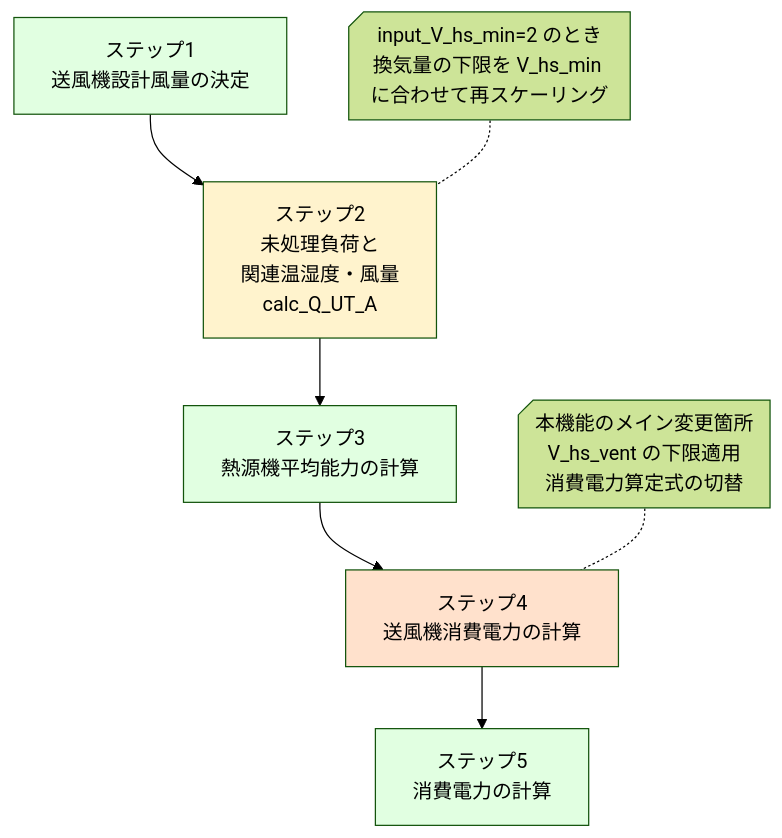
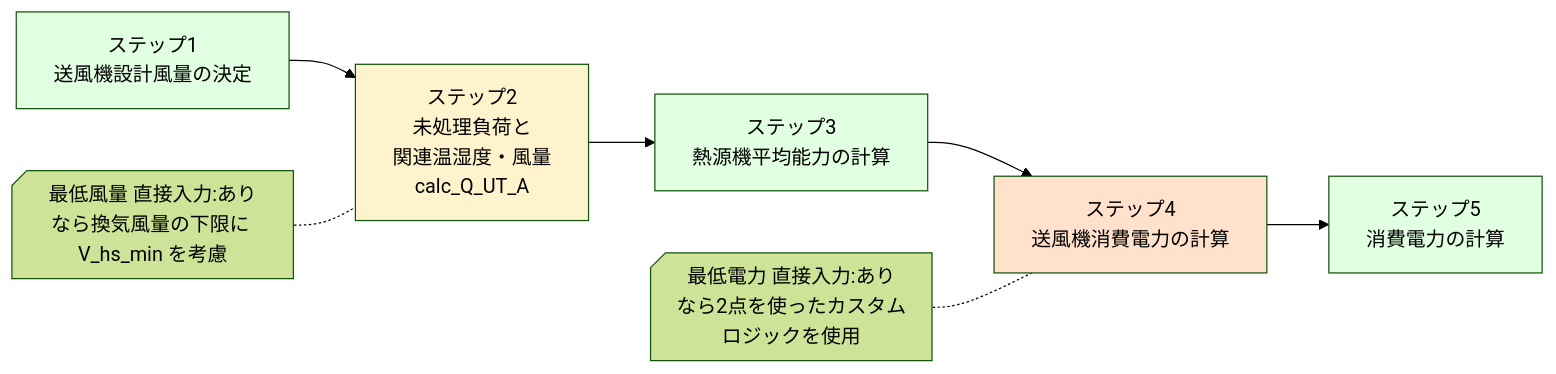
Before and after one commit to iguchi-lab/Verification-Platform-Next: the first of 4 diagrams in docs/最低風量_最低電力_直接入力.md, drawn with Mermaid (forest theme). The commit also changed other lines of this file, not shown here.

First line of the commit message:
docs: 最低風量・最低電力の変更条件を明確化

````diff
--- a/docs/最低風量_最低電力_直接入力.md
+++ b/docs/最低風量_最低電力_直接入力.md
@@ -91,23 +99,23 @@
 ```mermaid
-flowchart TD
+flowchart LR
 
 Step1[ステップ1<br/>送風機設計風量の決定]
 Step2[ステップ2<br/>未処理負荷と<br/>関連温湿度・風量<br/>calc_Q_UT_A]
 Step3[ステップ3<br/>熱源機平均能力の計算]
 Step4[ステップ4<br/>送風機消費電力の計算]
 Step5[ステップ5<br/>消費電力の計算]
 
 Step1 --> Step2 --> Step3 --> Step4 --> Step5
 
-note2@{ shape: notch-rect, label: "input_V_hs_min=2 のとき\n換気量の下限を V_hs_min に合わせて再スケーリング" }
-note4@{ shape: notch-rect, label: "本機能のメイン変更箇所\nV_hs_vent の下限適用\n消費電力算定式の切替" }
+note2@{ shape: notch-rect, label: "最低風量 直接入力:あり\nなら換気風量の下限に V_hs_min を考慮" }
+note4@{ shape: notch-rect, label: "最低電力 直接入力:あり\nなら2点を使ったカスタムロジックを使用" }
 
 note2 -.- Step2
 note4 -.- Step4
 
 style Step2 fill:#fff3cd
 style Step4 fill:#ffe1cc
 style Step1 fill:#e1ffe1
 style Step3 fill:#e1ffe1
 style Step5 fill:#e1ffe1
 ```
````
